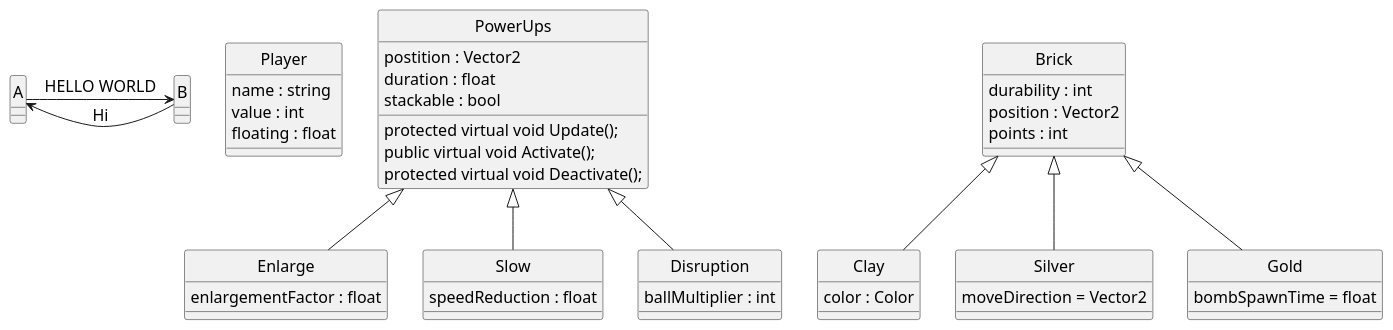
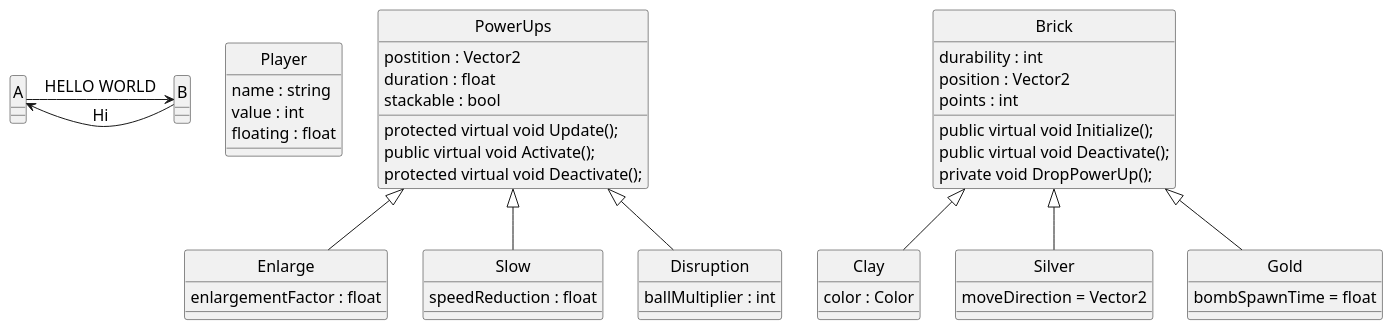
One commit to RitchiDev/GROUP-Domain-Decomposition-Git changed the diagram in Breakout.plantuml. Above: the diagram before and after it, drawn with PlantUML.

Commit message:
Added functions to Brick class

```diff
--- a/Breakout.plantuml
+++ b/Breakout.plantuml
@@ -1,72 +1,76 @@
 @startuml Breakout
 skinparam style strictuml
 skinparam SequenceMessageAlignment center
 skinparam DefaultFontName Arial
 skinparam DefaultFontSize 16
 skinparam DefaultFontStyle bold
 
 A -> B : HELLO WORLD
 A <- B : Hi
 
 class "Player" as Player
 {
     name : string
     value : int
     floating : float
 }
 
 Powerups <|-- Enlarge
 Powerups <|-- Slow
 Powerups <|-- Disruption
 class "PowerUps" as Powerups
 {
     postition : Vector2
     duration : float
     stackable : bool
     
     protected virtual void Update();
     public virtual void Activate();
     protected virtual void Deactivate();
 }
 
 class "Enlarge" as Enlarge
 {
     enlargementFactor : float
 }
 
 class "Slow" as Slow
 {
     speedReduction : float
 }
 
 class "Disruption" as Disruption
 {
     ballMultiplier : int
 }
 
 class "Brick" as Brick
 {
     durability : int
     position : Vector2
     points : int
+
+    public virtual void Initialize();
+    public virtual void Deactivate();
+    private void DropPowerUp();
 }
 
 Brick <|-- Clay
 class "Clay" as Clay
 {
     color : Color
 }
 
 Brick <|-- Silver
 class "Silver" as Silver
 {
     moveDirection = Vector2
 }
 
 Brick <|-- Gold
 class "Gold" as Gold
 {
     bombSpawnTime = float
 }
 
 @enduml
```
